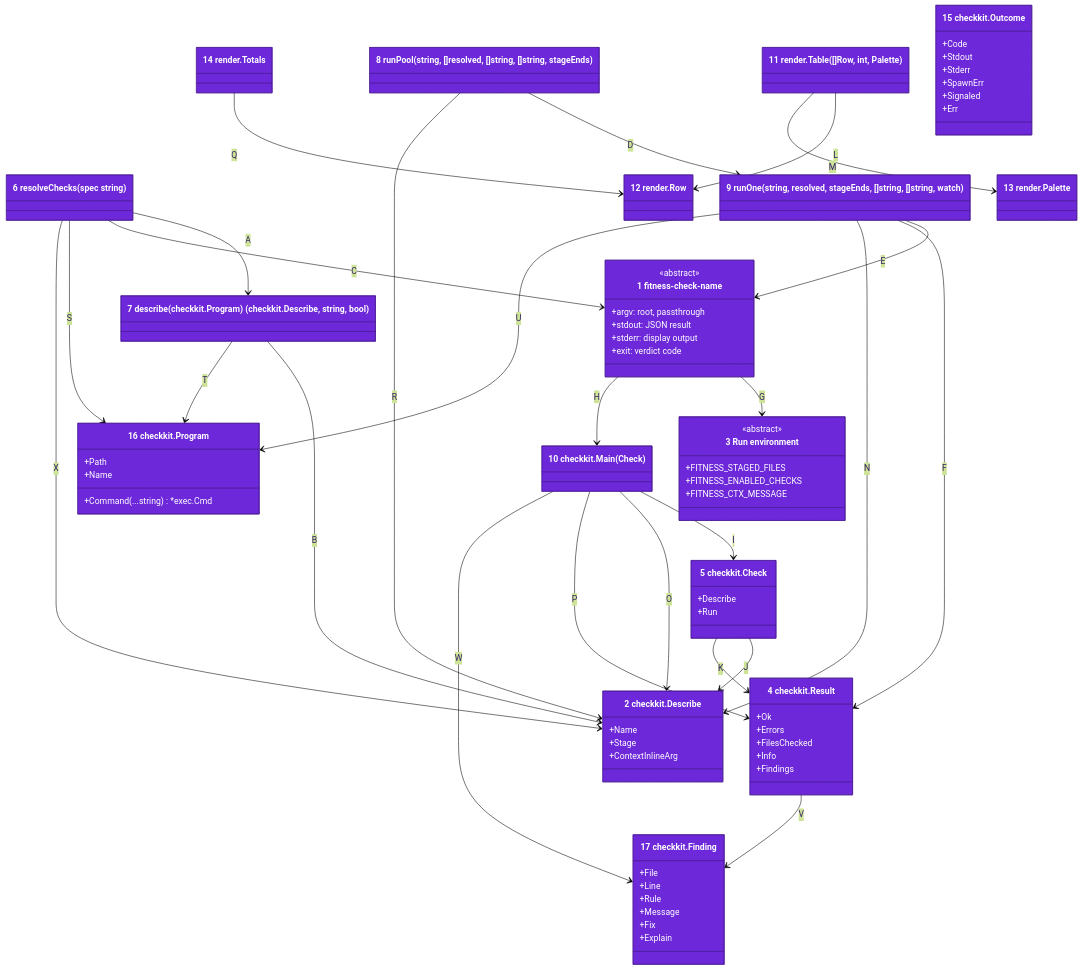
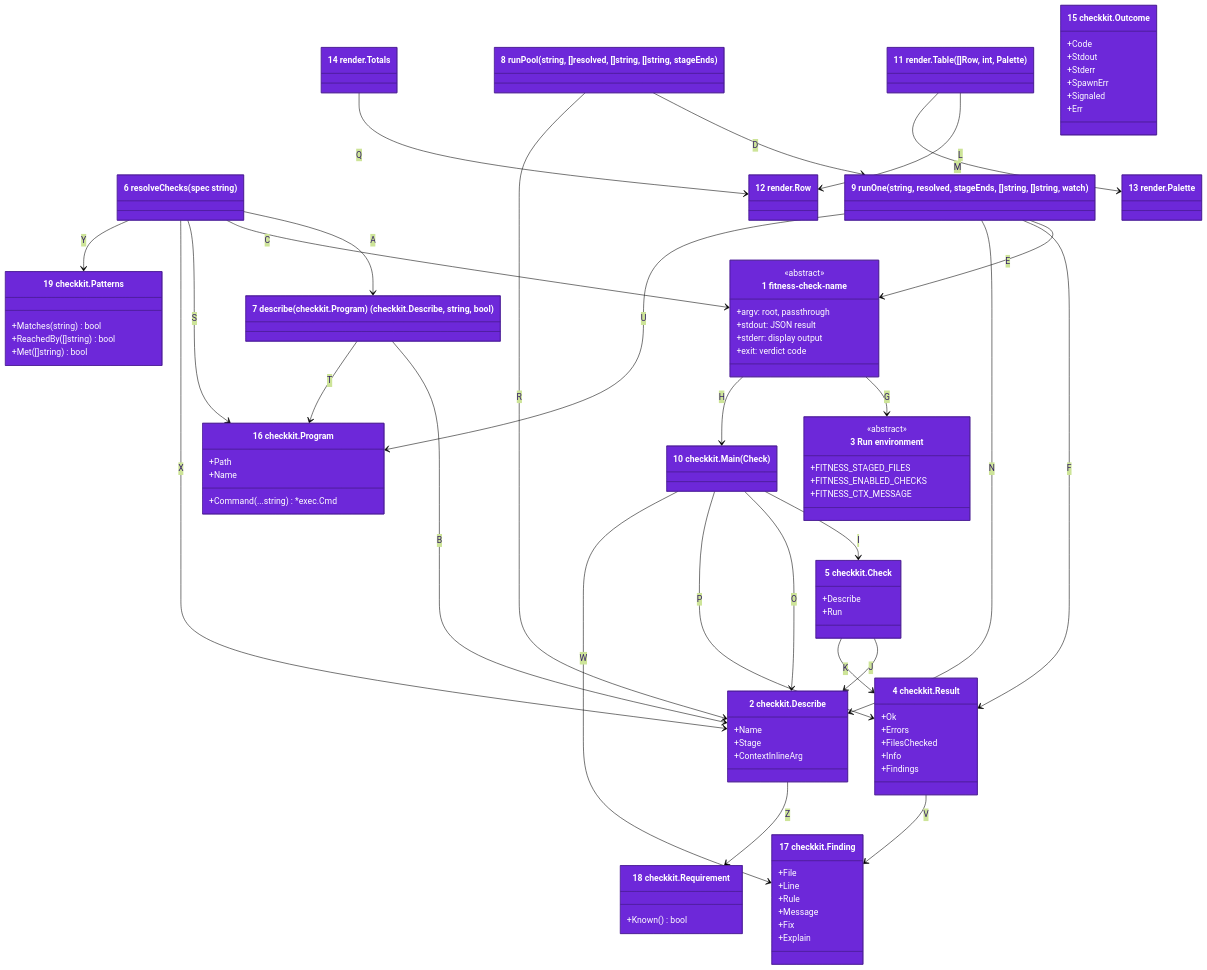
Before and after one commit to may-journal/fitness-runner: the first of 2 diagrams in docs/architecture/04-code.md, drawn with Mermaid (forest theme). The commit also changed other lines of this file and 11 other files, not shown here.

````diff
--- a/docs/architecture/04-code.md
+++ b/docs/architecture/04-code.md
@@ -86,6 +86,16 @@
     Result --> Finding : V
     checkkitMain --> Finding : W
     resolveChecks --> Describe : X
+    class Requirement["18 checkkit.Requirement"] {
+        +Known() bool
+    }
+    class Patterns["19 checkkit.Patterns"] {
+        +Matches(string) bool
+        +ReachedBy([]string) bool
+        +Met([]string) bool
+    }
+    resolveChecks --> Patterns : Y
+    Describe --> Requirement : Z
 
     style CheckBinary fill:#6d28d9,stroke:#4c1d95,color:#ffffff
     style Describe fill:#6d28d9,stroke:#4c1d95,color:#ffffff
@@ -104,4 +114,6 @@
     style Outcome fill:#6d28d9,stroke:#4c1d95,color:#ffffff
     style Program fill:#6d28d9,stroke:#4c1d95,color:#ffffff
     style Finding fill:#6d28d9,stroke:#4c1d95,color:#ffffff
+    style Requirement fill:#6d28d9,stroke:#4c1d95,color:#ffffff
+    style Patterns fill:#6d28d9,stroke:#4c1d95,color:#ffffff
 ```
````
